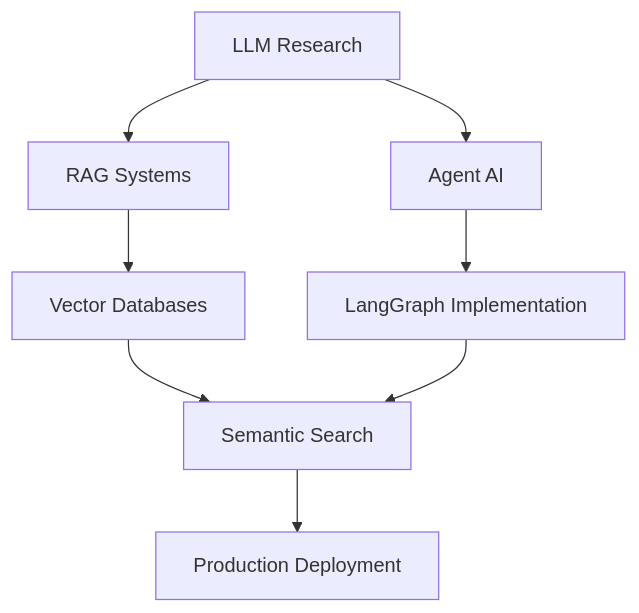
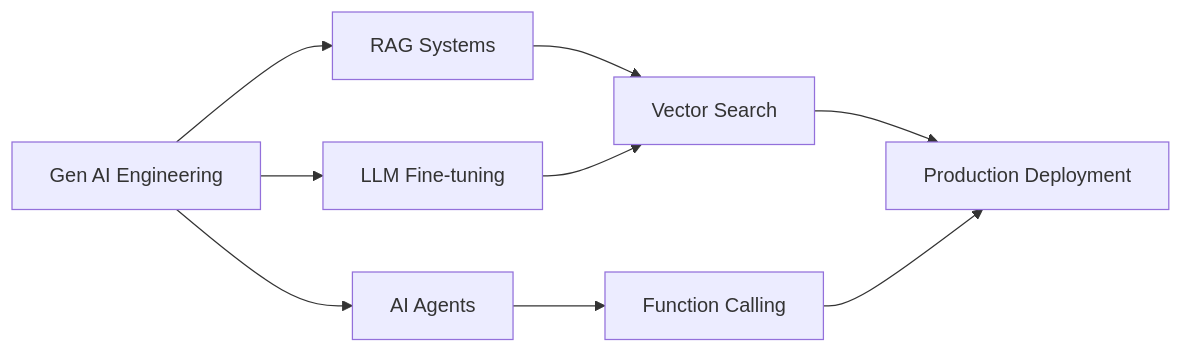
Before and after one commit to rkuma18/rkuma18: the diagram in README.md, drawn with Mermaid. The commit also changed other lines of this file, not shown here.

````diff
--- a/README.md
+++ b/README.md
@@ -230,10 +198,11 @@
 ```mermaid
-graph TD
-    A[LLM Research] --> B[RAG Systems]
-    A --> C[Agent AI]
-    B --> D[Vector Databases]
-    C --> E[LangGraph Implementation]
-    D --> F[Semantic Search]
-    E --> F
-    F --> G[Production Deployment]
+graph LR
+    A[Gen AI Engineering] --> B[RAG Systems]
+    A --> C[LLM Fine-tuning]
+    A --> D[AI Agents]
+    B --> E[Vector Search]
+    C --> E
+    D --> F[Function Calling]
+    E --> G[Production Deployment]
+    F --> G
 ```
````
